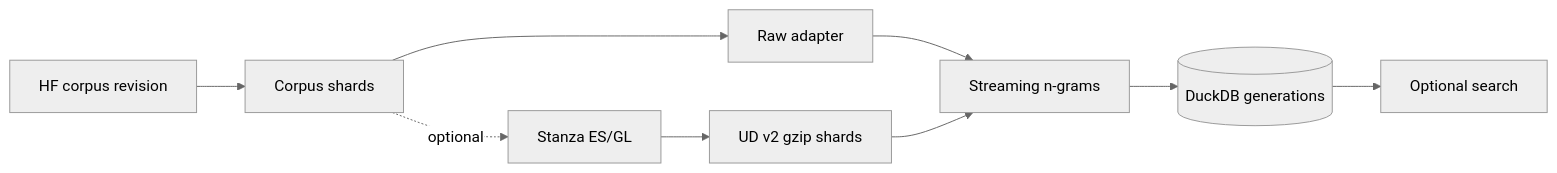
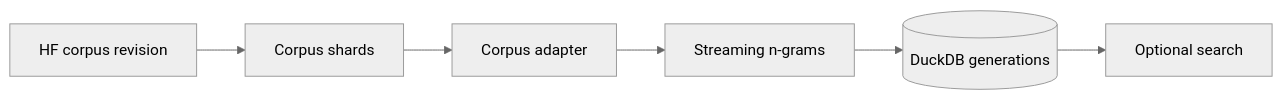
The diagram in README.md (CristoJV/semordnilap), drawn with Mermaid (neutral theme) before and after one commit. The commit also changed other lines of this file and 30 other files, not shown here.

````diff
--- a/README.md
+++ b/README.md
@@ -6,11 +6,8 @@
 ```mermaid
 flowchart LR
     H[HF corpus revision] --> C[Corpus shards]
-    C --> R[Raw adapter]
-    C -. optional .-> T[Stanza ES/GL]
-    T --> U[UD v2 gzip shards]
+    C --> R[Corpus adapter]
     R --> N[Streaming n-grams]
-    U --> N
     N --> D[(DuckDB generations)]
     D --> S[Optional search]
 ```
````
